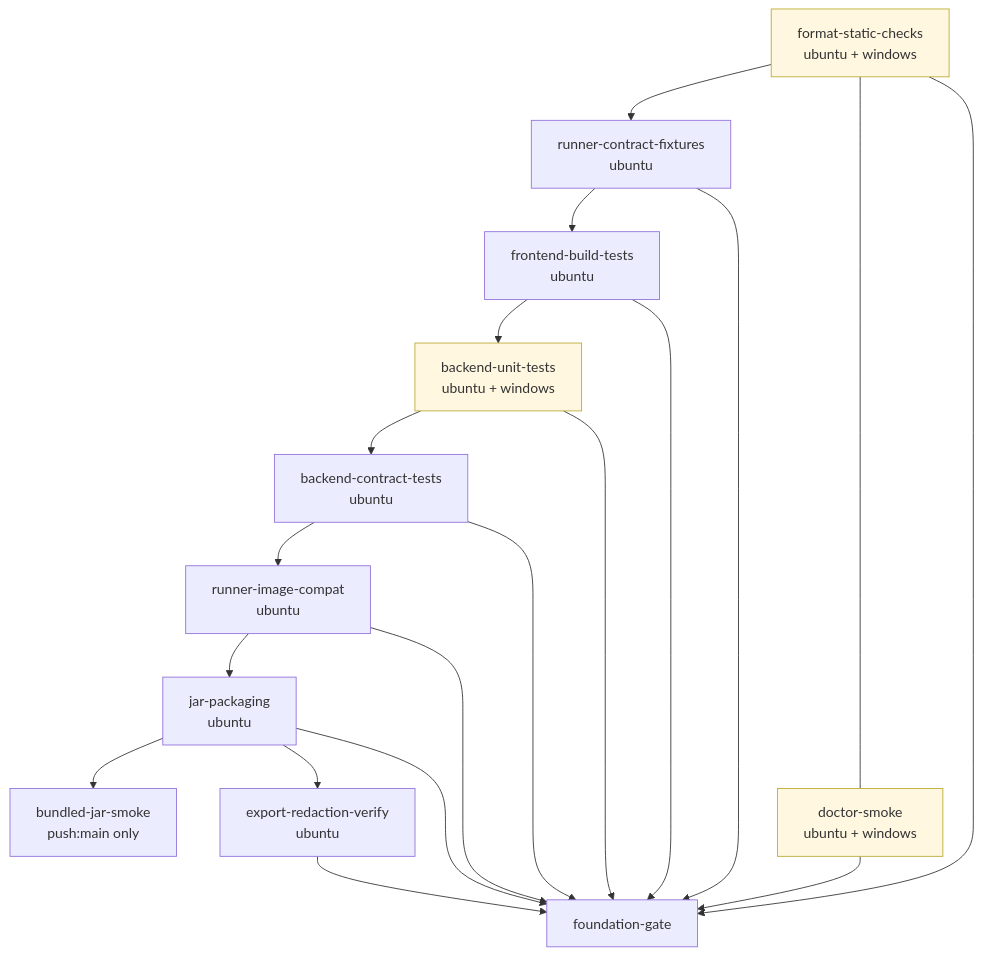
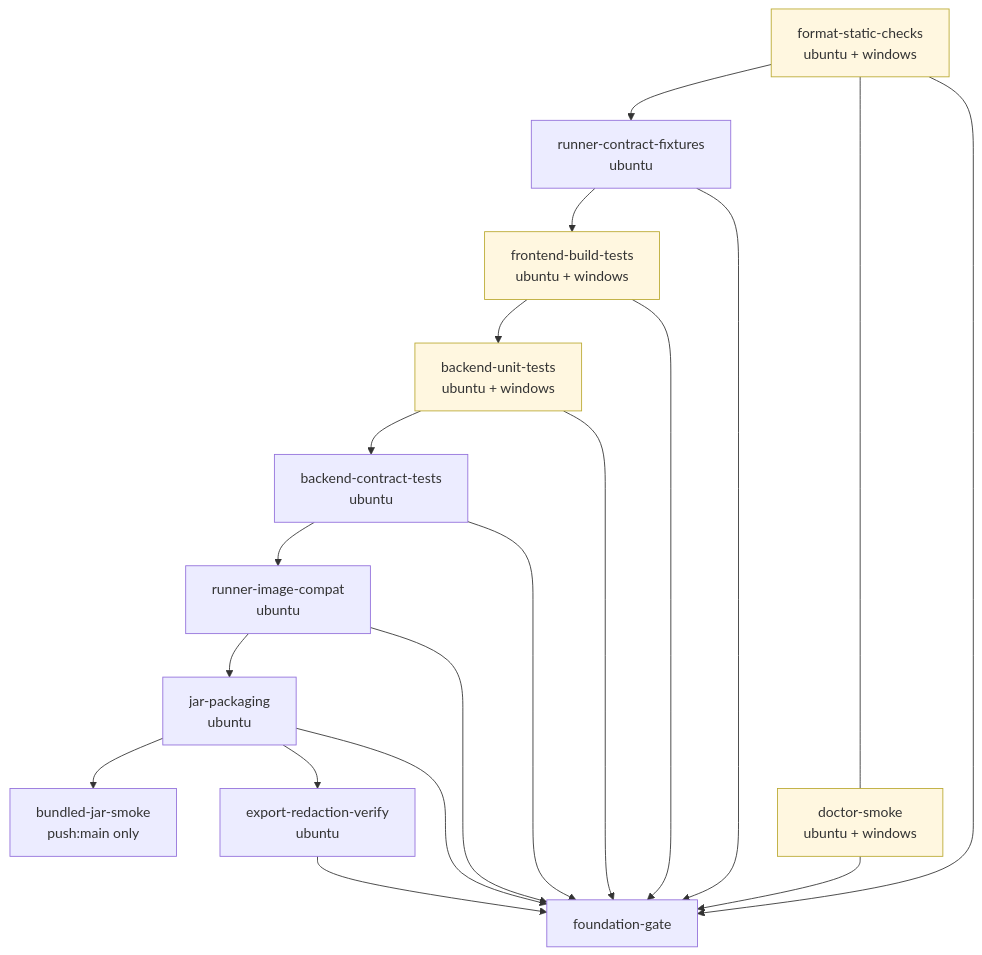
One commit to dradgo/delivery-line changed the diagram in docs/ci-pipeline.md. Above: the diagram before and after it, drawn with Mermaid. The commit also changed other lines of this file and 28 other files, not shown here.

````diff
--- a/docs/ci-pipeline.md
+++ b/docs/ci-pipeline.md
@@ -9,26 +9,26 @@
 ```mermaid
 flowchart TD
   fmt[format-static-checks<br/>ubuntu + windows] --> rcf[runner-contract-fixtures<br/>ubuntu]
-  rcf --> fe[frontend-build-tests<br/>ubuntu]
+  rcf --> fe[frontend-build-tests<br/>ubuntu + windows]
   fe --> bu[backend-unit-tests<br/>ubuntu + windows]
   bu --> bc[backend-contract-tests<br/>ubuntu]
   bc --> ric[runner-image-compat<br/>ubuntu]
   ric --> jp[jar-packaging<br/>ubuntu]
   jp --> bjs[bundled-jar-smoke<br/>push:main only]
   jp --> erv[export-redaction-verify<br/>ubuntu]
   ds[doctor-smoke<br/>ubuntu + windows]:::matrix
   fmt --- ds
   fg[foundation-gate]
   fmt --> fg
   rcf --> fg
   fe --> fg
   bu --> fg
   bc --> fg
   ric --> fg
   jp --> fg
   erv --> fg
   ds --> fg
 
   classDef matrix fill:#fff7e0,stroke:#bbaa33
-  class fmt,bu,ds matrix
+  class fmt,fe,bu,ds matrix
 ```
````
